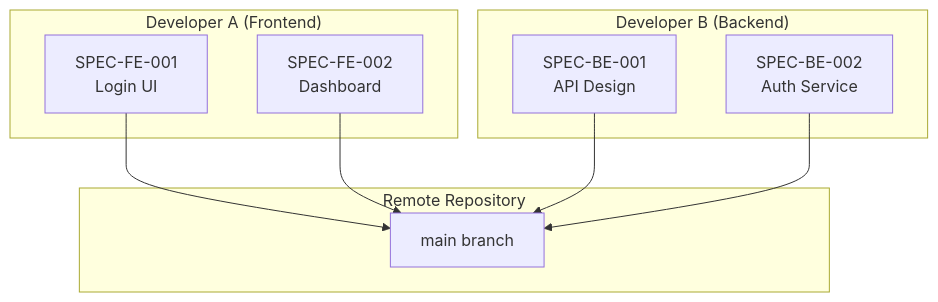
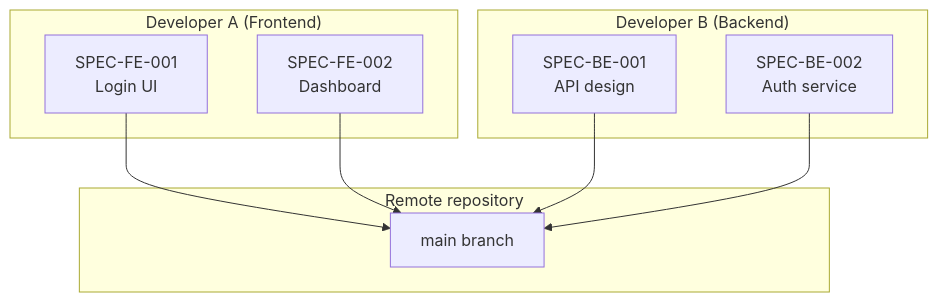
The second of 4 diagrams in mirrors/repos/modu-ai@moai-adk/docs-site/content/en/worktree/examples.md (gabrielmoreira/agent-skills-mirror), drawn with Mermaid before and after one commit. The commit also changed other lines of this file and 2470 other files, not shown here.

````diff
--- a/mirrors/repos/modu-ai@moai-adk/docs-site/content/en/worktree/examples.md
+++ b/mirrors/repos/modu-ai@moai-adk/docs-site/content/en/worktree/examples.md
@@ -293,21 +301,21 @@
 ```mermaid
 graph TB
     subgraph Dev1["Developer A (Frontend)"]
         F1[SPEC-FE-001<br/>Login UI]
         F2[SPEC-FE-002<br/>Dashboard]
     end
 
     subgraph Dev2["Developer B (Backend)"]
-        B1[SPEC-BE-001<br/>API Design]
-        B2[SPEC-BE-002<br/>Auth Service]
+        B1[SPEC-BE-001<br/>API design]
+        B2[SPEC-BE-002<br/>Auth service]
     end
 
-    subgraph Remote["Remote Repository"]
+    subgraph Remote["Remote repository"]
         R[main branch]
     end
 
     F1 --> R
     F2 --> R
     B1 --> R
     B2 --> R
 ```
````
